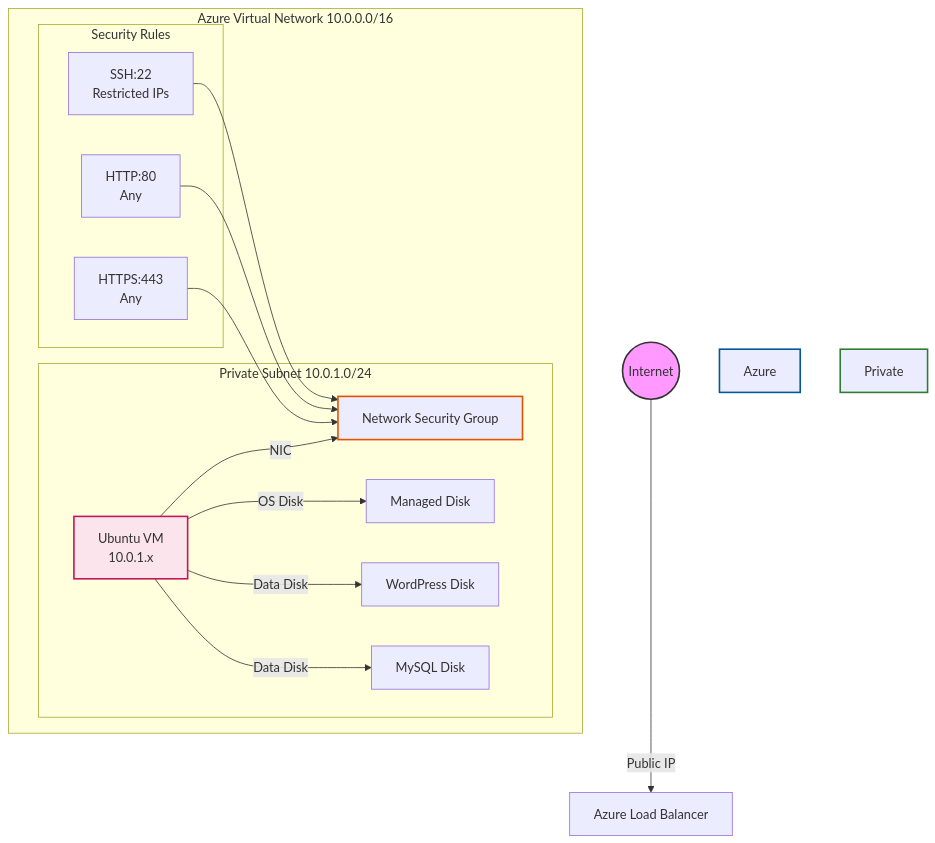
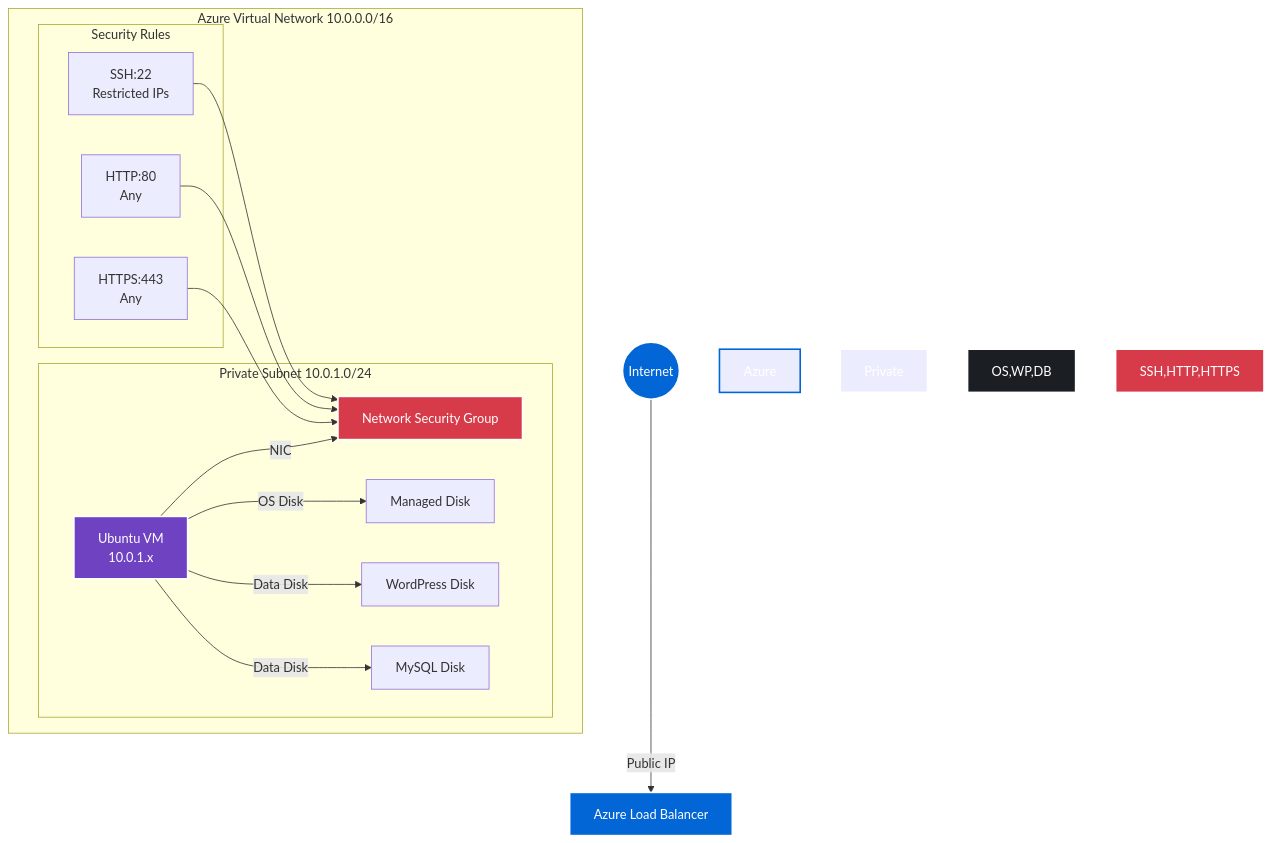
The first of 5 diagrams in README.md (vishnu1002/terraform-learn), drawn with Mermaid before and after one commit. The commit also changed other lines of this file, not shown here.

````diff
--- a/README.md
+++ b/README.md
@@ -10,25 +10,30 @@
 ```mermaid
 graph TB
     Internet((Internet)) --> |Public IP| LB[Azure Load Balancer]
     
     subgraph Azure VNet [Azure Virtual Network 10.0.0.0/16]
         subgraph Private Subnet [Private Subnet 10.0.1.0/24]
             VM[Ubuntu VM<br/>10.0.1.x] --> |NIC| NSG[Network Security Group]
             VM --> |OS Disk| OS[Managed Disk]
             VM --> |Data Disk| WP[WordPress Disk]
             VM --> |Data Disk| DB[MySQL Disk]
         end
         
         subgraph NSG Rules [Security Rules]
             SSH[SSH:22<br/>Restricted IPs] --> NSG
             HTTP[HTTP:80<br/>Any] --> NSG
             HTTPS[HTTPS:443<br/>Any] --> NSG
         end
     end
 
-    style Internet fill:#f9f,stroke:#333,stroke-width:2px
-    style Azure VNet fill:#e1f5fe,stroke:#01579b,stroke-width:2px
-    style Private Subnet fill:#e8f5e9,stroke:#2e7d32,stroke-width:2px
-    style NSG Rules fill:#fff3e0,stroke:#e65100,stroke-width:2px
-    style VM fill:#fce4ec,stroke:#c2185b,stroke-width:2px
+    %% Colors that work in both dark and light modes
+    style Internet fill:#0366d6,stroke:#ffffff,stroke-width:2px,color:#ffffff
+    style Azure VNet fill:#1b1f23,stroke:#0366d6,stroke-width:2px,color:#ffffff
+    style Private Subnet fill:#2ea44f,stroke:#ffffff,stroke-width:2px,color:#ffffff
+    style NSG Rules fill:#d73a49,stroke:#ffffff,stroke-width:2px,color:#ffffff
+    style VM fill:#6f42c1,stroke:#ffffff,stroke-width:2px,color:#ffffff
+    style LB fill:#0366d6,stroke:#ffffff,stroke-width:2px,color:#ffffff
+    style NSG fill:#d73a49,stroke:#ffffff,stroke-width:2px,color:#ffffff
+    style OS,WP,DB fill:#1b1f23,stroke:#ffffff,stroke-width:2px,color:#ffffff
+    style SSH,HTTP,HTTPS fill:#d73a49,stroke:#ffffff,stroke-width:2px,color:#ffffff
 ```
````
